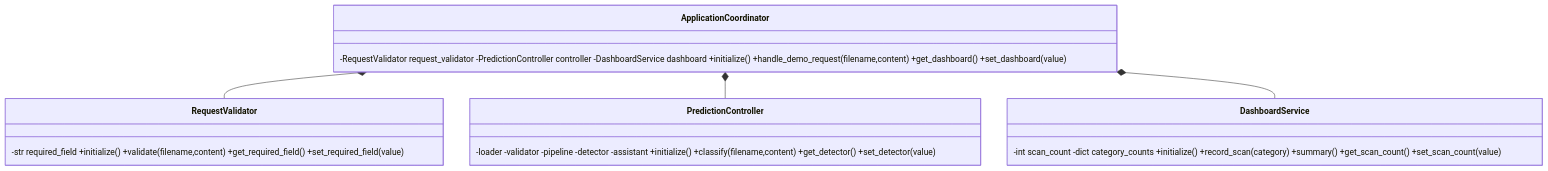
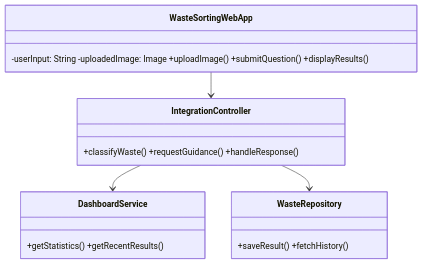
One commit to Deepa-FH/EcoSort-AI-Team22 changed the diagram in diagrams/subsystem_4_uml.mmd. Above: the diagram before and after it, drawn with Mermaid. The commit also changed 46 other files, not shown here.

Commit message:
Align Home Assignment 1 classes with capstone UML

```diff
--- a/diagrams/subsystem_4_uml.mmd
+++ b/diagrams/subsystem_4_uml.mmd
@@ -1,8 +1,8 @@
 classDiagram
-class RequestValidator { -str required_field +initialize() +validate(filename,content) +get_required_field() +set_required_field(value) }
-class PredictionController { -loader -validator -pipeline -detector -assistant +initialize() +classify(filename,content) +get_detector() +set_detector(value) }
-class DashboardService { -int scan_count -dict category_counts +initialize() +record_scan(category) +summary() +get_scan_count() +set_scan_count(value) }
-class ApplicationCoordinator { -RequestValidator request_validator -PredictionController controller -DashboardService dashboard +initialize() +handle_demo_request(filename,content) +get_dashboard() +set_dashboard(value) }
-ApplicationCoordinator *-- RequestValidator
-ApplicationCoordinator *-- PredictionController
-ApplicationCoordinator *-- DashboardService
+class WasteSortingWebApp { -userInput: String -uploadedImage: Image +uploadImage() +submitQuestion() +displayResults() }
+class IntegrationController { +classifyWaste() +requestGuidance() +handleResponse() }
+class DashboardService { +getStatistics() +getRecentResults() }
+class WasteRepository { +saveResult() +fetchHistory() }
+WasteSortingWebApp --> IntegrationController
+IntegrationController --> DashboardService
+IntegrationController --> WasteRepository
```
